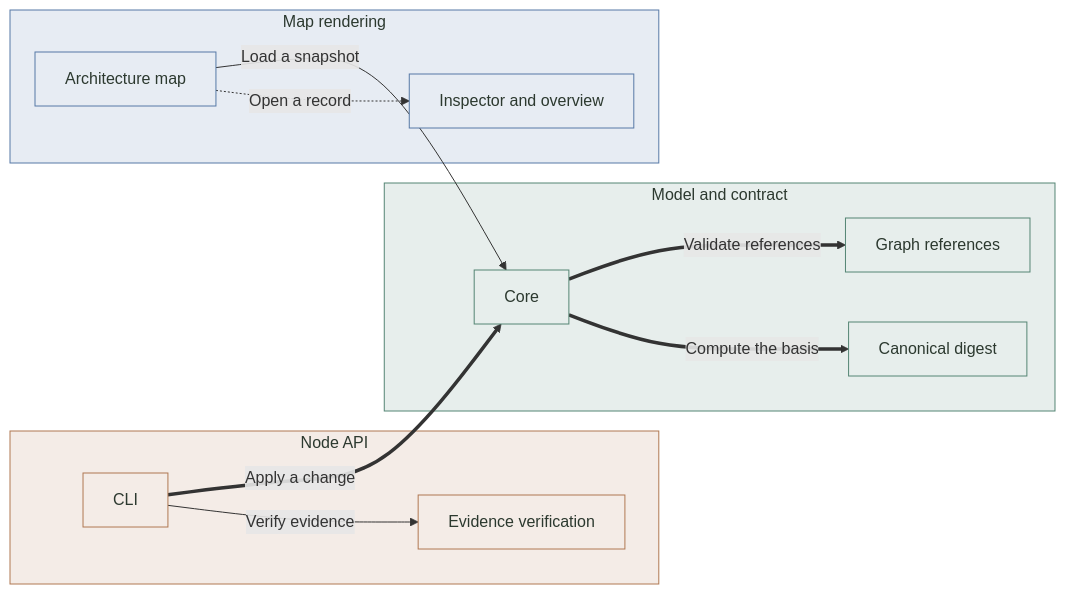
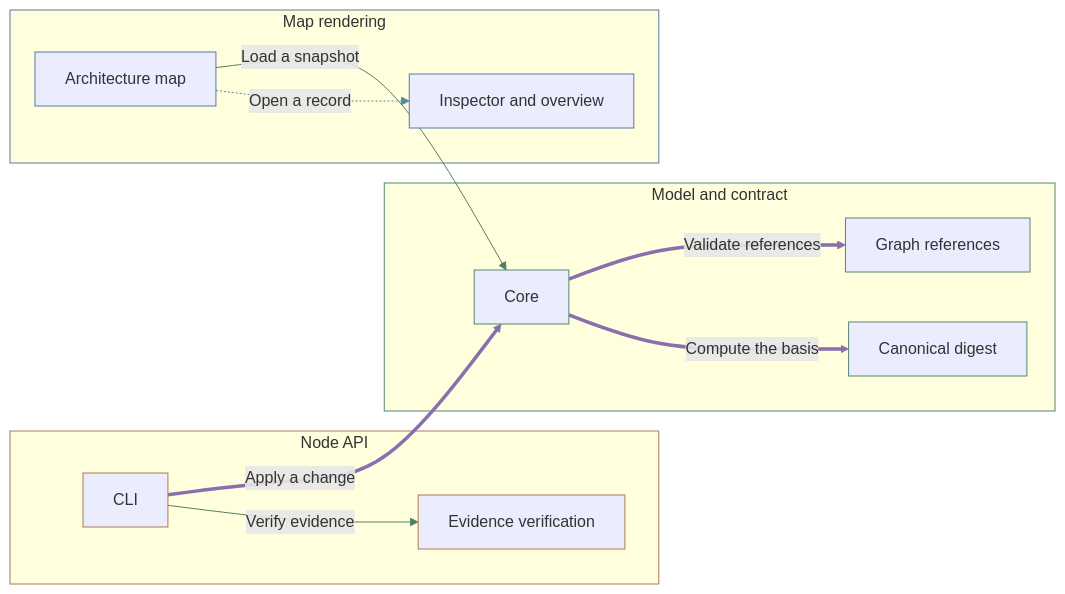
Before and after one commit to umnick02/archivarius: the diagram in README.md, drawn with Mermaid. The commit also changed other lines of this file and 11 other files, not shown here.

````diff
--- a/README.md
+++ b/README.md
@@ -11,28 +11,31 @@
 ```mermaid
 flowchart LR
     subgraph c-model["Model and contract"]
         c-core["Core"]:::pure
         c-graph["Graph references"]:::pure
         c-digest["Canonical digest"]:::pure
     end
     subgraph c-node-api["Node API"]
         c-cli["CLI"]:::infrastructure
         c-evidence["Evidence verification"]:::infrastructure
     end
     subgraph c-render["Map rendering"]
         c-map["Architecture map"]:::presentation
         c-inspector["Inspector and overview"]:::presentation
     end
     c-map -->|"Load a snapshot"| c-core
     c-core ==>|"Validate references"| c-graph
     c-core ==>|"Compute the basis"| c-digest
     c-map -.->|"Open a record"| c-inspector
     c-cli ==>|"Apply a change"| c-core
     c-cli -->|"Verify evidence"| c-evidence
-    style c-model fill:#e7eeec,stroke:#558574,color:#2c392f
-    style c-node-api fill:#f4ece7,stroke:#b07852,color:#2c392f
-    style c-render fill:#e7ecf3,stroke:#5779a6,color:#2c392f
-    classDef pure fill:#e7eeec,stroke:#558574,color:#2c392f
-    classDef infrastructure fill:#f4ece7,stroke:#b07852,color:#2c392f
-    classDef presentation fill:#e7ecf3,stroke:#5779a6,color:#2c392f
+    style c-model stroke:#558574
+    style c-node-api stroke:#b07852
+    style c-render stroke:#5779a6
+    linkStyle 0,5 stroke:#537e68
+    linkStyle 1,2,4 stroke:#8b6ead
+    linkStyle 3 stroke:#5d8796
+    classDef pure stroke:#558574
+    classDef infrastructure stroke:#b07852
+    classDef presentation stroke:#5779a6
 ```
````
